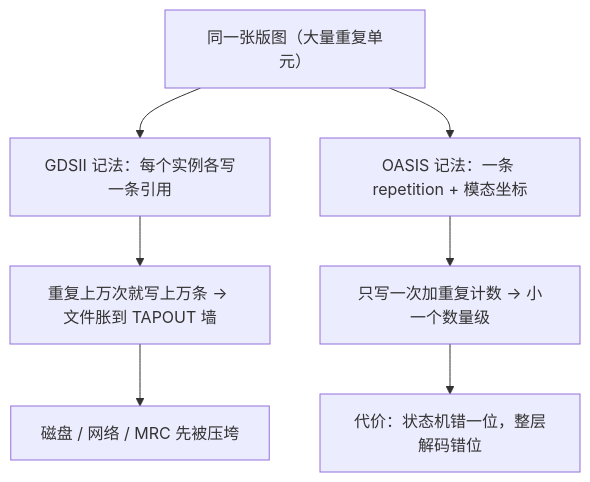
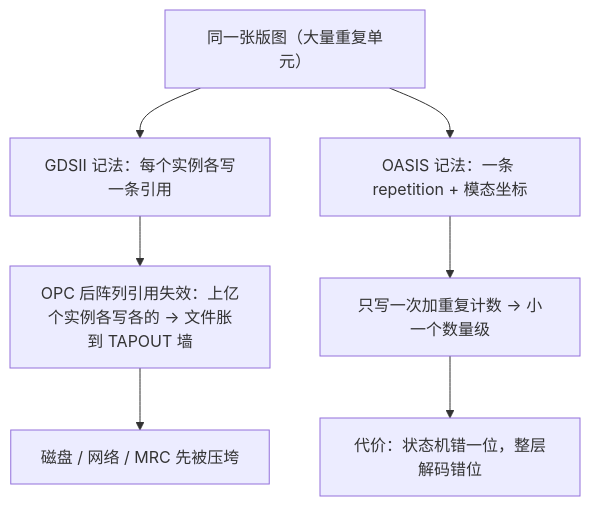
The first of 2 diagrams in docs/litho/gdsii-oasis.md (xhongduo-tech/xhongduo-tech.github.io), drawn with Mermaid before and after one commit. The commit also changed other lines of this file and 1 other file, not shown here.

Commit message:
Content review litho-218: the figure reference in chrome-mosi-films points forward, and the GDSII example credits AREF array placements and locates the bloat in OPC breaking the array regularity rather than in the format lacking arrays.

````diff
--- a/docs/litho/gdsii-oasis.md
+++ b/docs/litho/gdsii-oasis.md
@@ -32,9 +32,9 @@
 ```mermaid
 flowchart TD
   SAME["同一张版图（大量重复单元）"] --> GDS["GDSII 记法：每个实例各写一条引用"]
   SAME --> OAS["OASIS 记法：一条 repetition + 模态坐标"]
-  GDS --> BIG["重复上万次就写上万条 → 文件胀到 TAPOUT 墙"]
+  GDS --> BIG["OPC 后阵列引用失效：上亿个实例各写各的 → 文件胀到 TAPOUT 墙"]
   OAS --> SMALL["只写一次加重复计数 → 小一个数量级"]
   BIG --> PAIN["磁盘 / 网络 / MRC 先被压垮"]
   SMALL --> RISK["代价：状态机错一位，整层解码错位"]
 ```
````
